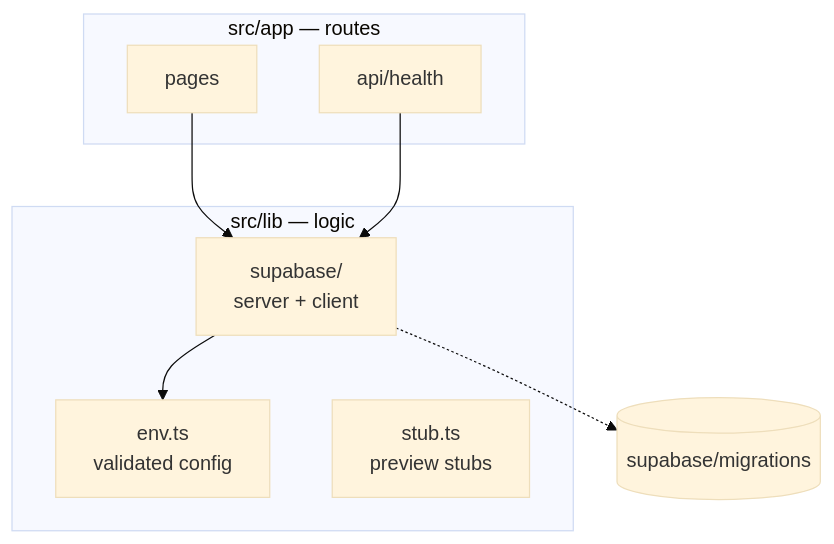
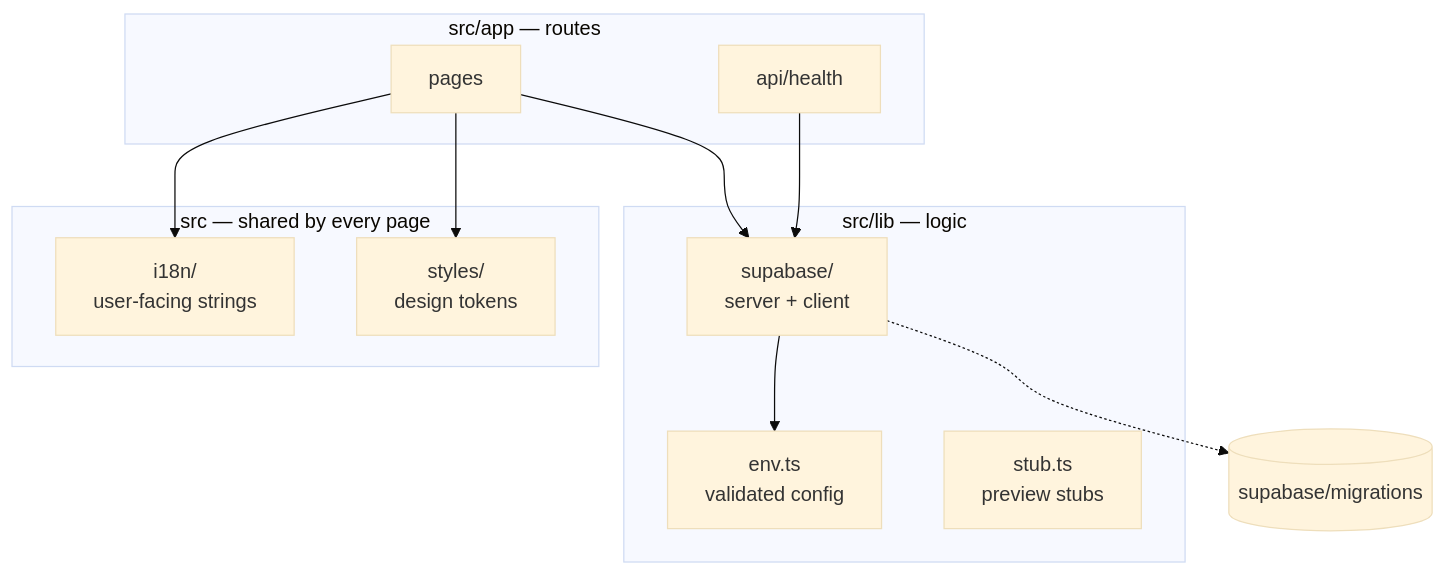
One commit to yungxramoz/real-gates changed the diagram in docs/architecture/04-building-blocks.md. Above: the diagram before and after it, drawn with Mermaid (base theme). The commit also changed other lines of this file and 22 other files, not shown here.

First line of the commit message:
feat(docs): a check holds the architecture pages to the code, in the local gate and in CI

````diff
--- a/docs/architecture/04-building-blocks.md
+++ b/docs/architecture/04-building-blocks.md
@@ -6,17 +8,23 @@
 ```mermaid
 flowchart TB
   subgraph app["src/app — routes"]
     pages["pages"]
     api["api/health"]
   end
   subgraph lib["src/lib — logic"]
     env["env.ts<br/>validated config"]
     supa["supabase/<br/>server + client"]
     stub["stub.ts<br/>preview stubs"]
   end
+  subgraph shared["src — shared by every page"]
+    i18n["i18n/<br/>user-facing strings"]
+    styles["styles/<br/>design tokens"]
+  end
   db[("supabase/migrations")]
+  pages --> i18n
+  pages --> styles
   pages --> supa
   api --> supa
   supa --> env
   supa -.-> db
 ```
````
